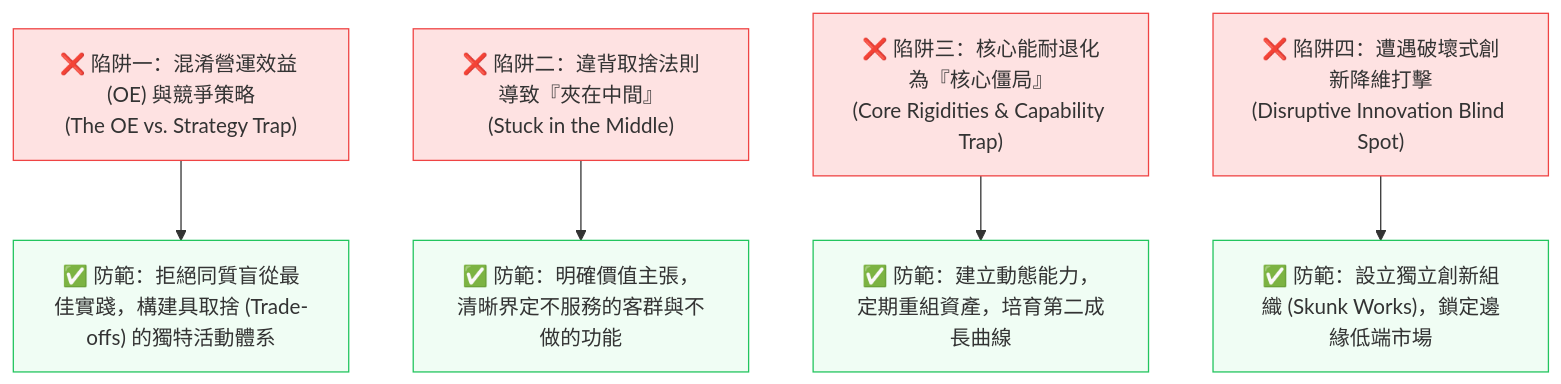
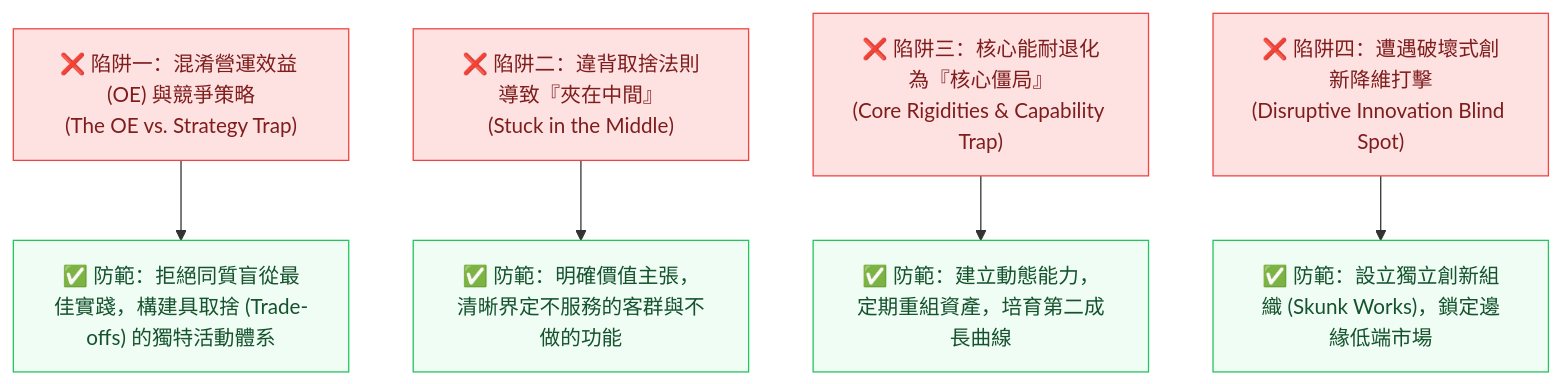
One commit to Jimlin0428/my-digital-garden changed the eighth of 8 diagrams in src/site/notes/98_商業概念庫/competitive-advantage_競爭優勢.md. Above: the diagram before and after it, drawn with Mermaid. The commit also changed other lines of this file and 99 other files, not shown here.

````diff
--- a/src/site/notes/98_商業概念庫/competitive-advantage_競爭優勢.md
+++ b/src/site/notes/98_商業概念庫/competitive-advantage_競爭優勢.md
@@ -375,16 +375,16 @@
 ```mermaid
 flowchart TD
     Trap1["❌ 陷阱一：混淆營運效益 (OE) 與競爭策略<br>(The OE vs. Strategy Trap)"] --> S1["✅ 防範：拒絕同質盲從最佳實踐，構建具取捨 (Trade-offs) 的獨特活動體系"]
     Trap2["❌ 陷阱二：違背取捨法則導致『夾在中間』<br>(Stuck in the Middle)"] --> S2["✅ 防範：明確價值主張，清晰界定不服務的客群與不做的功能"]
     Trap3["❌ 陷阱三：核心能耐退化為『核心僵局』<br>(Core Rigidities & Capability Trap)"] --> S3["✅ 防範：建立動態能力，定期重組資產，培育第二成長曲線"]
     Trap4["❌ 陷阱四：遭遇破壞式創新降維打擊<br>(Disruptive Innovation Blind Spot)"] --> S4["✅ 防範：設立獨立創新組織 (Skunk Works)，鎖定邊緣低端市場"]
 
-    style Trap1 fill:#fee2e2,stroke:#ef4444,stroke-width:1px
-    style Trap2 fill:#fee2e2,stroke:#ef4444,stroke-width:1px
-    style Trap3 fill:#fee2e2,stroke:#ef4444,stroke-width:1px
-    style Trap4 fill:#fee2e2,stroke:#ef4444,stroke-width:1px
-    style S1 fill:#f0fdf4,stroke:#22c55e,stroke-width:1px
-    style S2 fill:#f0fdf4,stroke:#22c55e,stroke-width:1px
-    style S3 fill:#f0fdf4,stroke:#22c55e,stroke-width:1px
-    style S4 fill:#f0fdf4,stroke:#22c55e,stroke-width:1px
+    style Trap1 fill:#fee2e2,stroke:#ef4444,stroke-width:1px,color:#7f1d1d
+    style Trap2 fill:#fee2e2,stroke:#ef4444,stroke-width:1px,color:#7f1d1d
+    style Trap3 fill:#fee2e2,stroke:#ef4444,stroke-width:1px,color:#7f1d1d
+    style Trap4 fill:#fee2e2,stroke:#ef4444,stroke-width:1px,color:#7f1d1d
+    style S1 fill:#f0fdf4,stroke:#22c55e,stroke-width:1px,color:#14532d
+    style S2 fill:#f0fdf4,stroke:#22c55e,stroke-width:1px,color:#14532d
+    style S3 fill:#f0fdf4,stroke:#22c55e,stroke-width:1px,color:#14532d
+    style S4 fill:#f0fdf4,stroke:#22c55e,stroke-width:1px,color:#14532d
 ```
````
